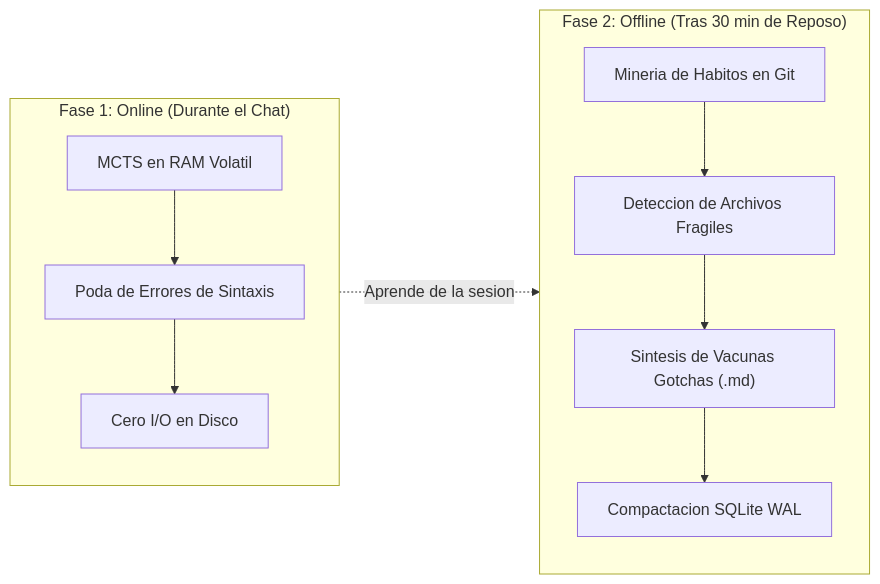
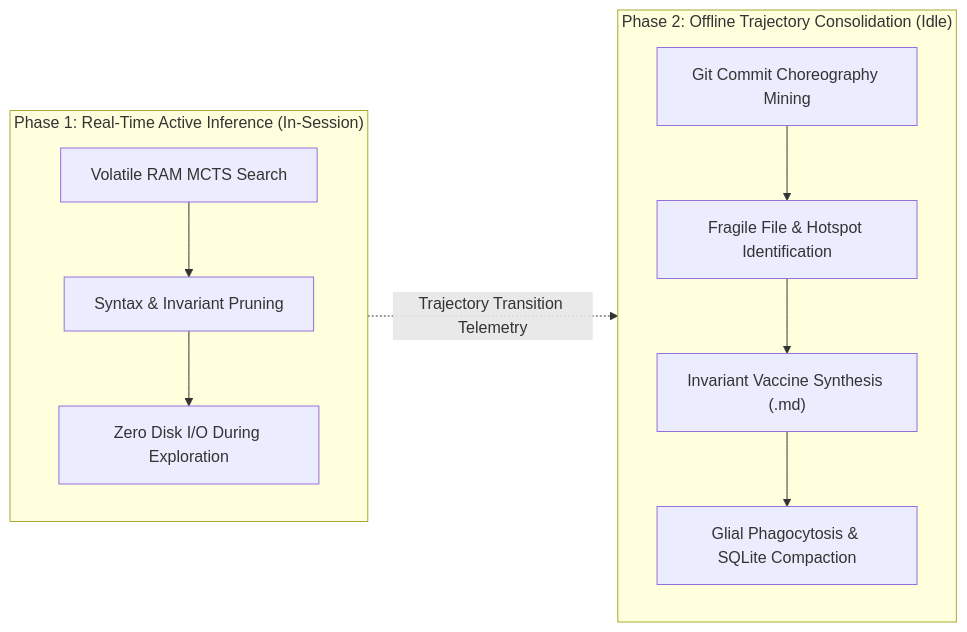
One commit to Xangel0s/ozygram changed the second of 2 diagrams in README.md. Above: the diagram before and after it, drawn with Mermaid. The commit also changed other lines of this file, not shown here.

Commit message:
docs: formalize project presentation and refine architectural documentation

````diff
--- a/README.md
+++ b/README.md
@@ -63,21 +65,21 @@
 ```mermaid
 flowchart LR
-    subgraph Online ["Fase 1: Online (Durante el Chat)"]
+    subgraph ActivePhase ["Phase 1: Real-Time Active Inference (In-Session)"]
         direction TB
-        O1["MCTS en RAM Volatil"]
-        O2["Poda de Errores de Sintaxis"]
-        O3["Cero I/O en Disco"]
-        O1 --> O2 --> O3
+        A1["Volatile RAM MCTS Search"]
+        A2["Syntax & Invariant Pruning"]
+        A3["Zero Disk I/O During Exploration"]
+        A1 --> A2 --> A3
     end
 
-    subgraph Offline ["Fase 2: Offline (Tras 30 min de Reposo)"]
+    subgraph OfflinePhase ["Phase 2: Offline Trajectory Consolidation (Idle)"]
         direction TB
-        F1["Mineria de Habitos en Git"]
-        F2["Deteccion de Archivos Fragiles"]
-        F3["Sintesis de Vacunas Gotchas (.md)"]
-        F4["Compactacion SQLite WAL"]
-        F1 --> F2 --> F3 --> F4
+        B1["Git Commit Choreography Mining"]
+        B2["Fragile File & Hotspot Identification"]
+        B3["Invariant Vaccine Synthesis (.md)"]
+        B4["Glial Phagocytosis & SQLite Compaction"]
+        B1 --> B2 --> B3 --> B4
     end
 
-    Online -.->|Aprende de la sesion| Offline
+    ActivePhase -.->|Trajectory Transition Telemetry| OfflinePhase
 ```
````
